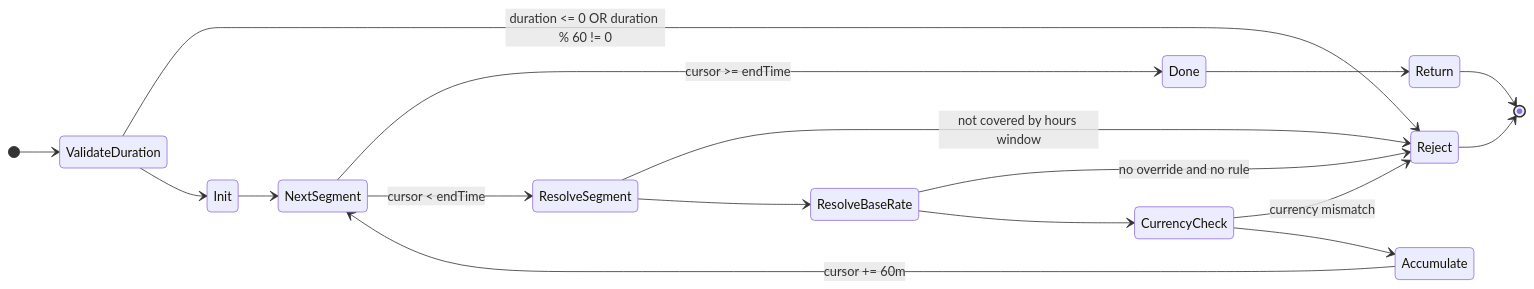
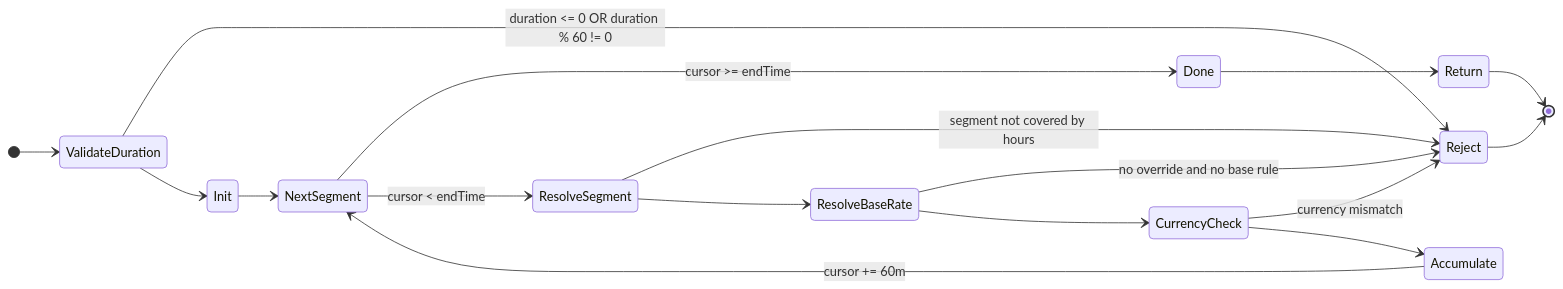
The first of 2 diagrams in docs/schedule-pricing-addons-state-machine.md (raphaelmans/next16bp), drawn with Mermaid before and after one commit. The commit also changed other lines of this file and 121 other files, not shown here.

````diff
--- a/docs/schedule-pricing-addons-state-machine.md
+++ b/docs/schedule-pricing-addons-state-machine.md
@@ -19,28 +13,26 @@
 ```mermaid
 stateDiagram-v2
   direction LR
 
   [*] --> ValidateDuration
   ValidateDuration --> Reject: duration <= 0 OR duration % 60 != 0
   ValidateDuration --> Init
 
   Init --> NextSegment
-
   NextSegment --> Done: cursor >= endTime
   NextSegment --> ResolveSegment: cursor < endTime
 
-  ResolveSegment --> Reject: not covered by hours window
+  ResolveSegment --> Reject: segment not covered by hours
   ResolveSegment --> ResolveBaseRate
 
-  ResolveBaseRate --> Reject: no override and no rule
+  ResolveBaseRate --> Reject: no override and no base rule
   ResolveBaseRate --> CurrencyCheck
 
   CurrencyCheck --> Reject: currency mismatch
   CurrencyCheck --> Accumulate
-
   Accumulate --> NextSegment: cursor += 60m
 
   Done --> Return
   Return --> [*]
   Reject --> [*]
 ```
````
